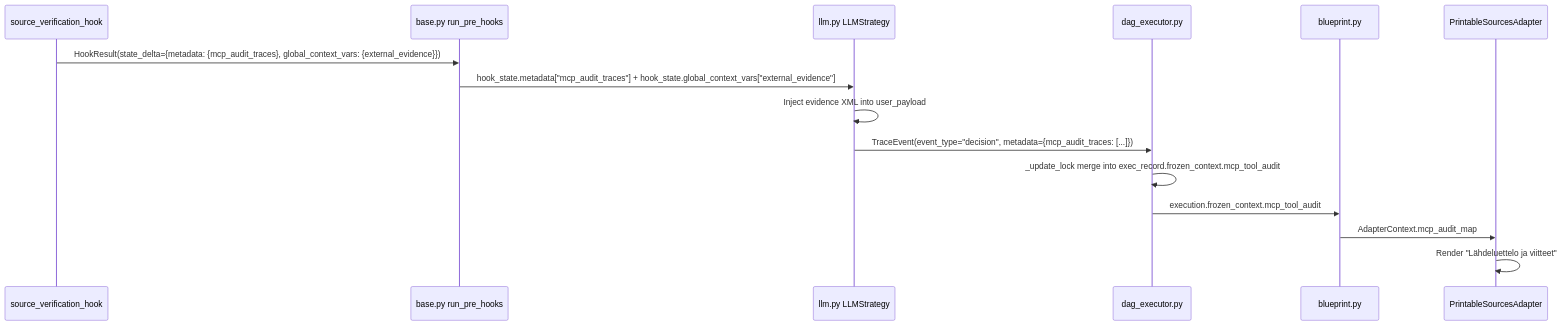
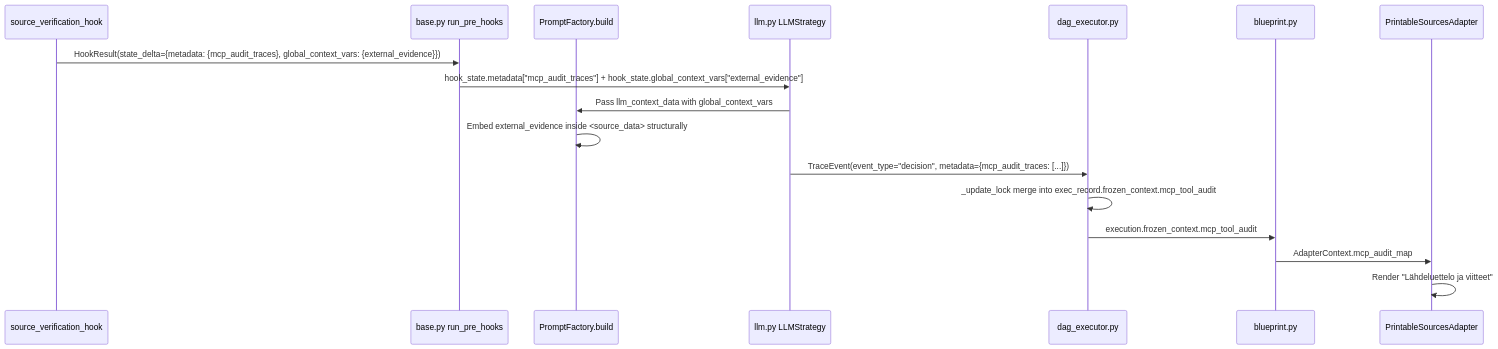
The diagram in docs/IMPLEMENTATION_PLAN_Tavily_Source_Bibliography.md (launis/quorum), drawn with Mermaid before and after one commit. The commit also changed other lines of this file and 2 other files, not shown here.

Commit message:
feat: add backend architecture constraints and implementation plans for Tavily bibliography and AST guardrails

````diff
--- a/docs/IMPLEMENTATION_PLAN_Tavily_Source_Bibliography.md
+++ b/docs/IMPLEMENTATION_PLAN_Tavily_Source_Bibliography.md
@@ -54,18 +56,20 @@
 ```mermaid
 sequenceDiagram
     participant Hook as source_verification_hook
     participant Base as base.py run_pre_hooks
+    participant Factory as PromptFactory.build
     participant LLM as llm.py LLMStrategy
     participant DAG as dag_executor.py
     participant Blueprint as blueprint.py
     participant Adapter as PrintableSourcesAdapter
     
     Hook->>Base: HookResult(state_delta={metadata: {mcp_audit_traces}, global_context_vars: {external_evidence}})
     Base->>LLM: hook_state.metadata["mcp_audit_traces"] + hook_state.global_context_vars["external_evidence"]
-    LLM->>LLM: Inject evidence XML into user_payload
+    LLM->>Factory: Pass llm_context_data with global_context_vars
+    Factory->>Factory: Embed external_evidence inside <source_data> structurally
     LLM->>DAG: TraceEvent(event_type="decision", metadata={mcp_audit_traces: [...]})
     DAG->>DAG: _update_lock merge into exec_record.frozen_context.mcp_tool_audit
     DAG->>Blueprint: execution.frozen_context.mcp_tool_audit
     Blueprint->>Adapter: AdapterContext.mcp_audit_map
     Adapter->>Adapter: Render "Lähdeluettelo ja viitteet"
 ```
````
